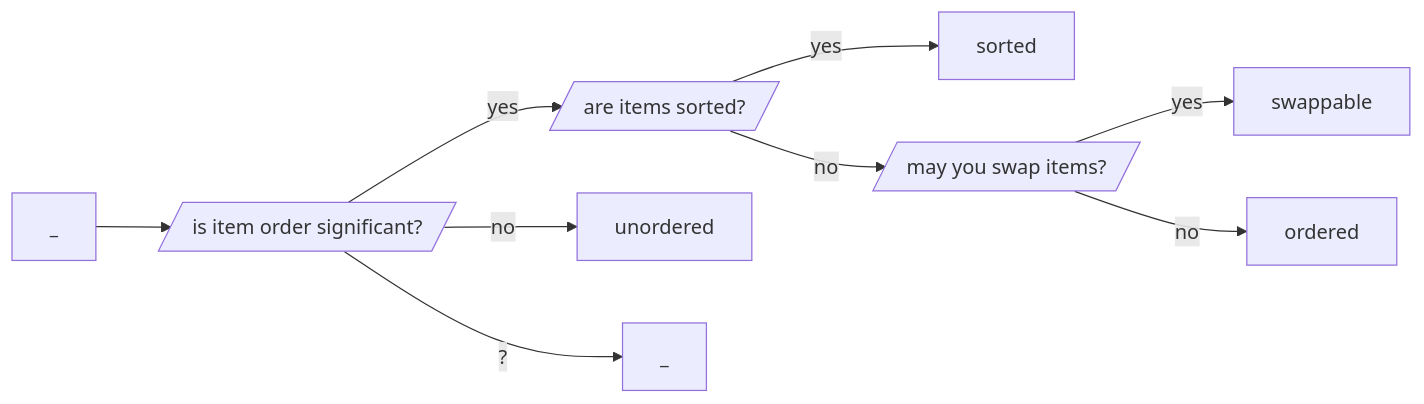
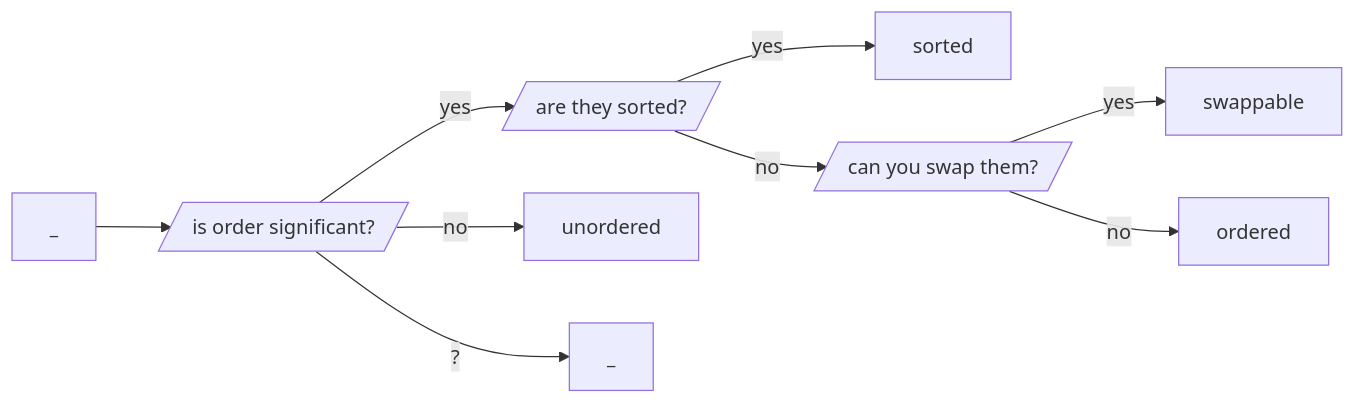
Before and after one commit to pretore/aquarium-butterflyfish: the first of 2 diagrams in README.md, drawn with Mermaid. The commit also changed other lines of this file and 7 other files, not shown here.

````diff
--- a/README.md
+++ b/README.md
@@ -12,11 +10,11 @@
 ```mermaid
 flowchart LR
-    A["_"] --> B[/"is item order significant?"/]
-    B -->|yes| C[/"are items sorted?"/]
+    A["_"] --> B[/"is order significant?"/]
+    B -->|yes| C[/"are they sorted?"/]
     B -->|no| D["unordered"]
     B -->|?| Z["_"]
     C -->|yes| E["sorted"]
-    C -->|no| F[/"may you swap items?"/]
+    C -->|no| F[/"can you swap them?"/]
     F -->|yes| G["swappable"]
     F -->|no| H["ordered"]
 ```
````
